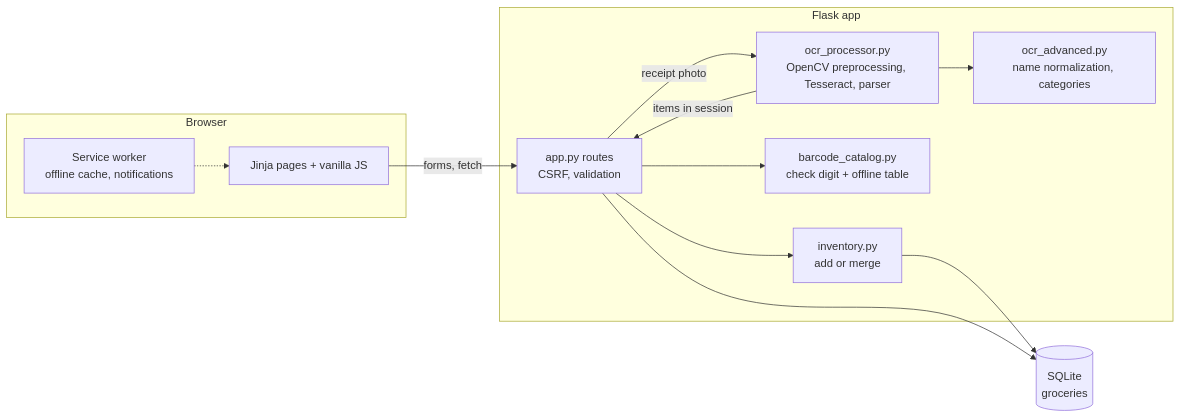
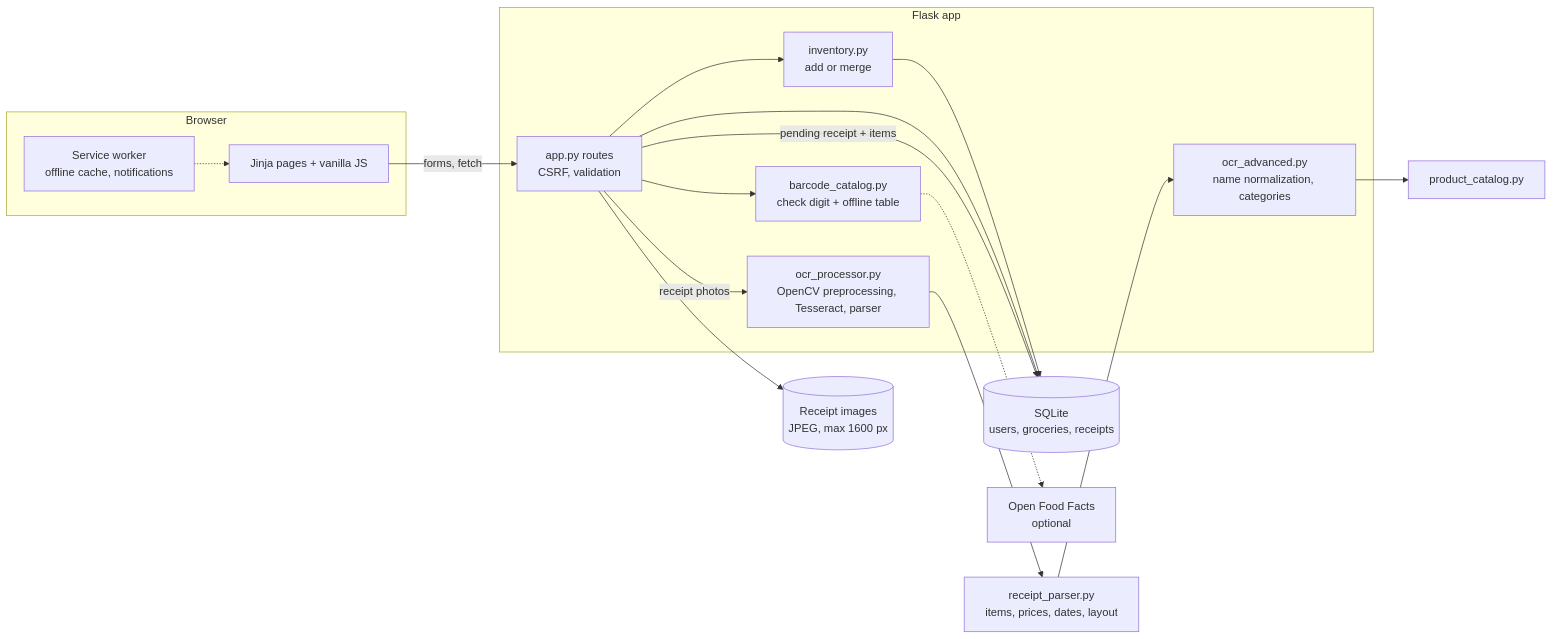
The diagram in README.md (deokhwajeong/grocery-inventory-tracker), drawn with Mermaid before and after one commit. The commit also changed other lines of this file and 55 other files, not shown here.

First line of the commit message:
Add accounts, batch scanning, receipt storage, dark mode and a measured OCR pipeline

````diff
--- a/README.md
+++ b/README.md
@@ -135,22 +182,26 @@
 ```mermaid
 flowchart LR
     subgraph Browser
         UI[Jinja pages + vanilla JS]
         SW[Service worker<br/>offline cache, notifications]
     end
     subgraph Flask app
         R[app.py routes<br/>CSRF, validation]
         INV[inventory.py<br/>add or merge]
         BC[barcode_catalog.py<br/>check digit + offline table]
         OCR[ocr_processor.py<br/>OpenCV preprocessing, Tesseract, parser]
         ADV[ocr_advanced.py<br/>name normalization, categories]
     end
-    DB[(SQLite<br/>groceries)]
+    DB[(SQLite<br/>users, groceries, receipts)]
+    IMG[(Receipt images<br/>JPEG, max 1600 px)]
+    OFF[Open Food Facts<br/>optional]
     UI -- forms, fetch --> R
     SW -.-> UI
     R --> INV --> DB
     R --> DB
-    R --> BC
-    R -- receipt photo --> OCR --> ADV
-    OCR -- items in session --> R
+    R --> BC -.-> OFF
+    R -- receipt photos --> OCR --> PAR[receipt_parser.py<br/>items, prices, dates, layout] --> ADV
+    ADV --> CAT[product_catalog.py]
+    R -- pending receipt + items --> DB
+    R --> IMG
 ```
````
